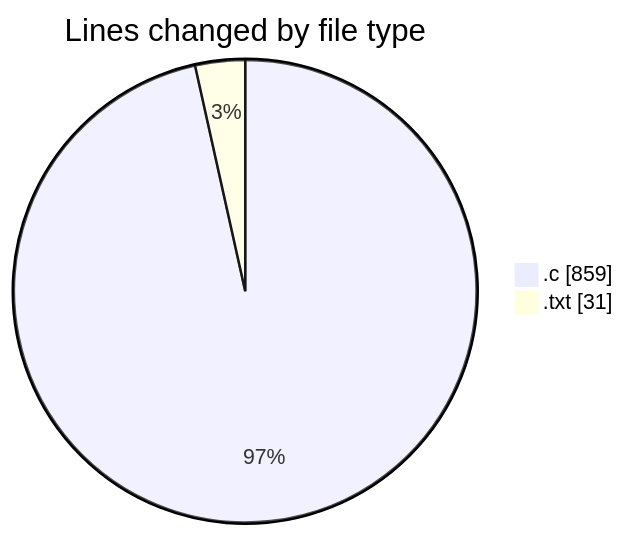
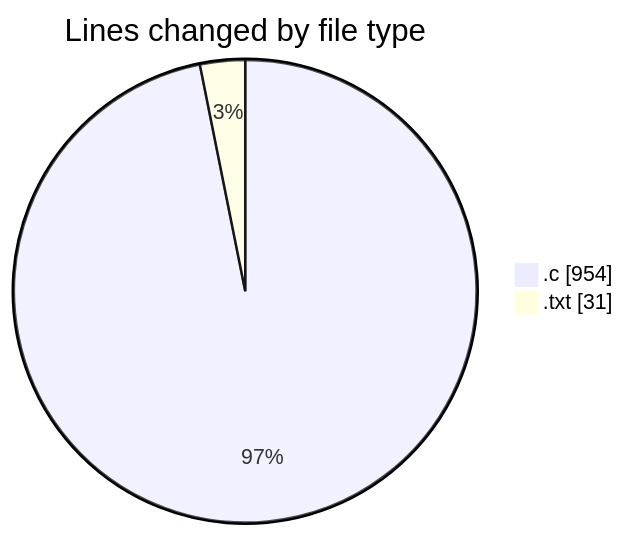
The first of 2 diagrams in 2025-01-26/search/README.md (Ritupan-Deka/code-tracking), drawn with Mermaid before and after one commit. The commit also changed other lines of this file and 1 other file, not shown here.

````diff
--- a/2025-01-26/search/README.md
+++ b/2025-01-26/search/README.md
@@ -22,6 +22,6 @@
 ```mermaid
 pie showData
 title Lines changed by file type
-".c" : 859
+".c" : 954
 ".txt" : 31
 ```
````
